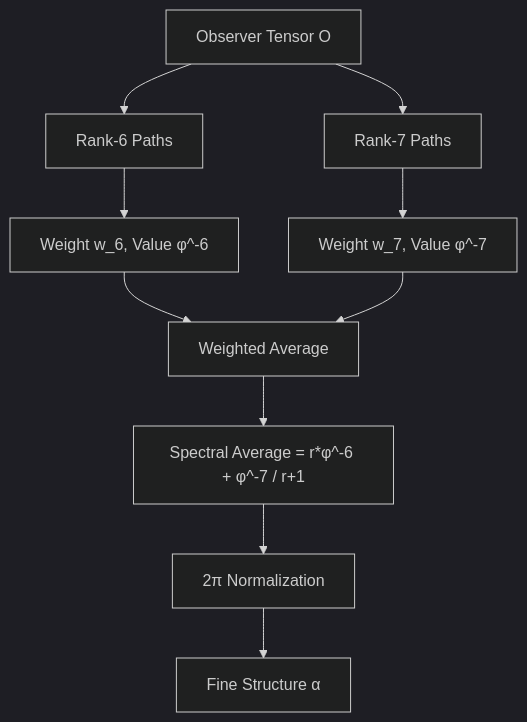
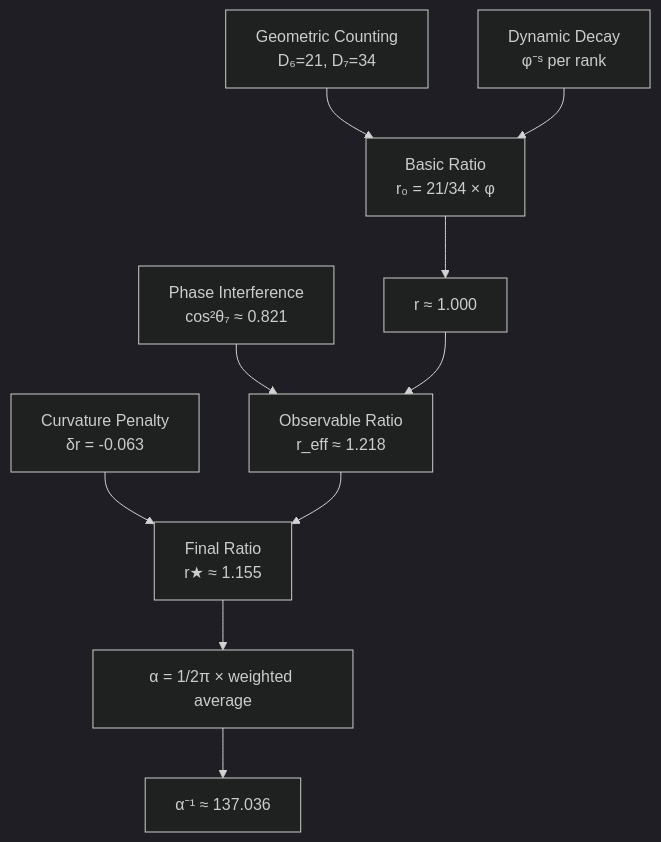
The diagram in docs/psi-constants/part-01-structural-collapse-limits/chapter-005-collapse-origin-alpha-spectral.md (loning/the-phys), drawn with Mermaid (dark theme) before and after one commit. The commit also changed other lines of this file and 2 other files, not shown here.

````diff
--- a/docs/psi-constants/part-01-structural-collapse-limits/chapter-005-collapse-origin-alpha-spectral.md
+++ b/docs/psi-constants/part-01-structural-collapse-limits/chapter-005-collapse-origin-alpha-spectral.md
@@ -76,12 +188,15 @@
 ```mermaid
 graph TD
-    A[Observer Tensor O] --> B[Rank-6 Paths]
-    A --> C[Rank-7 Paths]
-    B --> D[Weight w_6, Value φ^-6]
-    C --> E[Weight w_7, Value φ^-7]
-    D --> F[Weighted Average]
-    E --> F
-    F --> G[Spectral Average = r*φ^-6 + φ^-7 / r+1]
-    G --> H[2π Normalization]
-    H --> I[Fine Structure α]
+    A[Geometric Counting<br/>D₆=21, D₇=34] --> B[Basic Ratio<br/>r₀ = 21/34 × φ]
+    C[Dynamic Decay<br/>φ⁻ˢ per rank] --> B
+    B --> D[r ≈ 1.000]
+    
+    E[Phase Interference<br/>cos²θ₇ ≈ 0.821] --> F[Observable Ratio<br/>r_eff ≈ 1.218]
+    D --> F
+    
+    G[Curvature Penalty<br/>δr = -0.063] --> H[Final Ratio<br/>r★ ≈ 1.155]
+    F --> H
+    
+    H --> I[α = 1/2π × weighted average]
+    I --> J[α⁻¹ ≈ 137.036]
 ```
````
